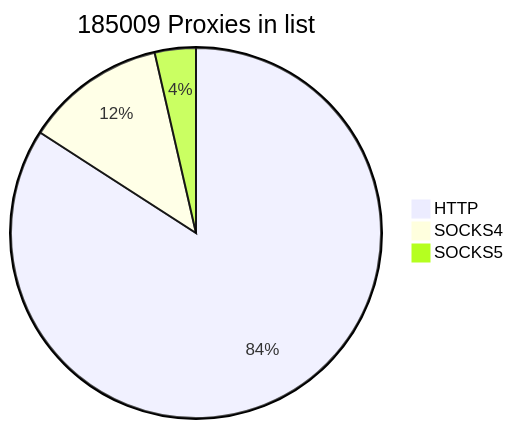
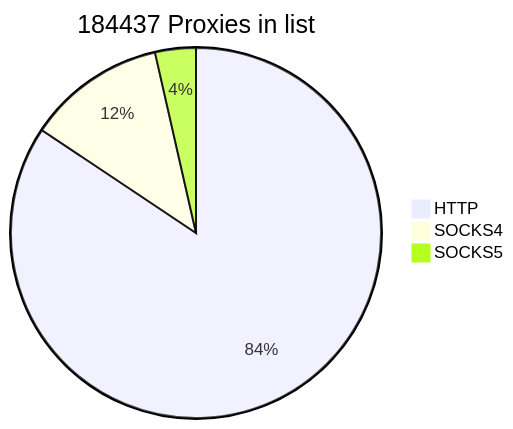
One commit to cutipu/proxylist changed the first of 2 diagrams in README.md. Above: the diagram before and after it, drawn with Mermaid. The commit also changed other lines of this file, not shown here.

````diff
--- a/README.md
+++ b/README.md
@@ -2,7 +2,7 @@
 ```mermaid
-pie title 185009 Proxies in list
-    "HTTP" : 155619
-    "SOCKS4" : 22752
-    "SOCKS5" : 6638
+pie title 184437 Proxies in list
+    "HTTP" : 155602
+    "SOCKS4" : 22273
+    "SOCKS5" : 6562
             
 ```
````
